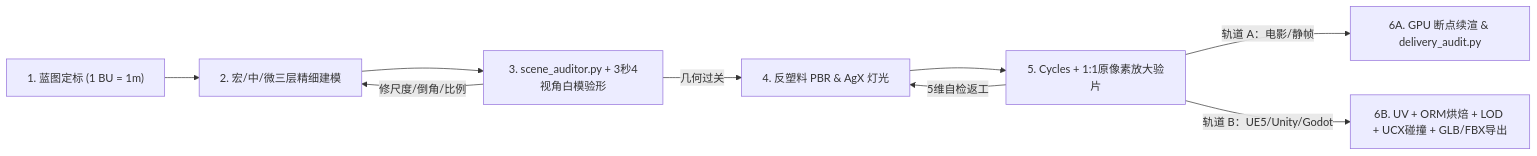
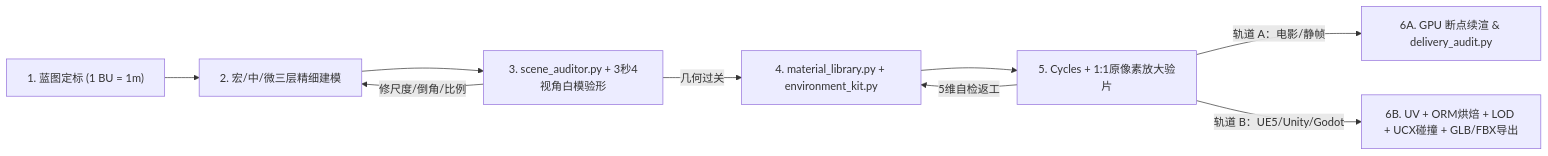
One commit to Jowitt13/blender-programmatic-cinema changed the diagram in README_zh.md. Above: the diagram before and after it, drawn with Mermaid. The commit also changed other lines of this file and 15 other files, not shown here.

Commit message:
feat(v2.1.0): add physical material library, weather/terrain environment kit, AI mesh cleaner, game hero prop example, CI & Claude plugin

````diff
--- a/README_zh.md
+++ b/README_zh.md
@@ -21,11 +28,11 @@
 ```mermaid
 flowchart LR
     A["1. 蓝图定标 (1 BU = 1m)"] --> B["2. 宏/中/微三层精细建模"]
     B --> C["3. scene_auditor.py + 3秒4视角白模验形"]
     C -->|修尺度/倒角/比例| B
-    C -->|几何过关| D["4. 反塑料 PBR & AgX 灯光"]
+    C -->|几何过关| D["4. material_library.py + environment_kit.py"]
     D --> E["5. Cycles + 1:1原像素放大验片"]
     E -->|5维自检返工| D
     E -->|轨道 A：电影/静帧| F["6A. GPU 断点续渲 & delivery_audit.py"]
     E -->|轨道 B：UE5/Unity/Godot| G["6B. UV + ORM烘焙 + LOD + UCX碰撞 + GLB/FBX导出"]
 ```
````
